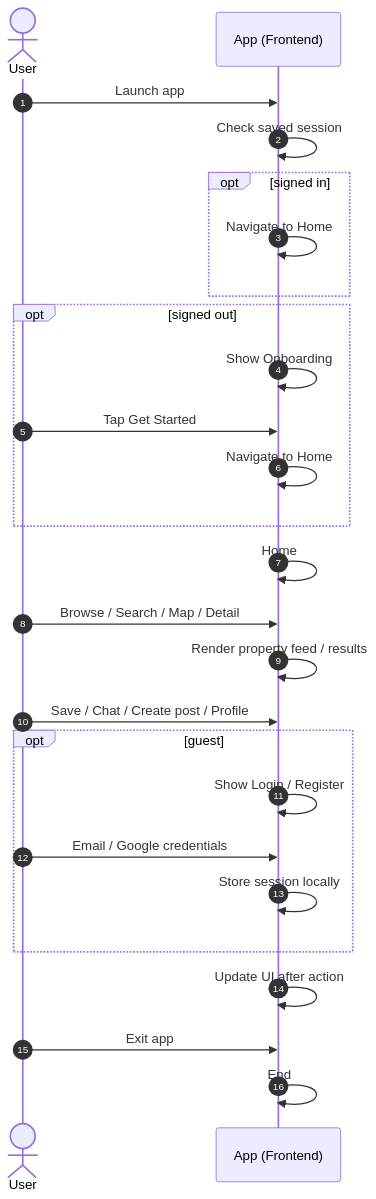
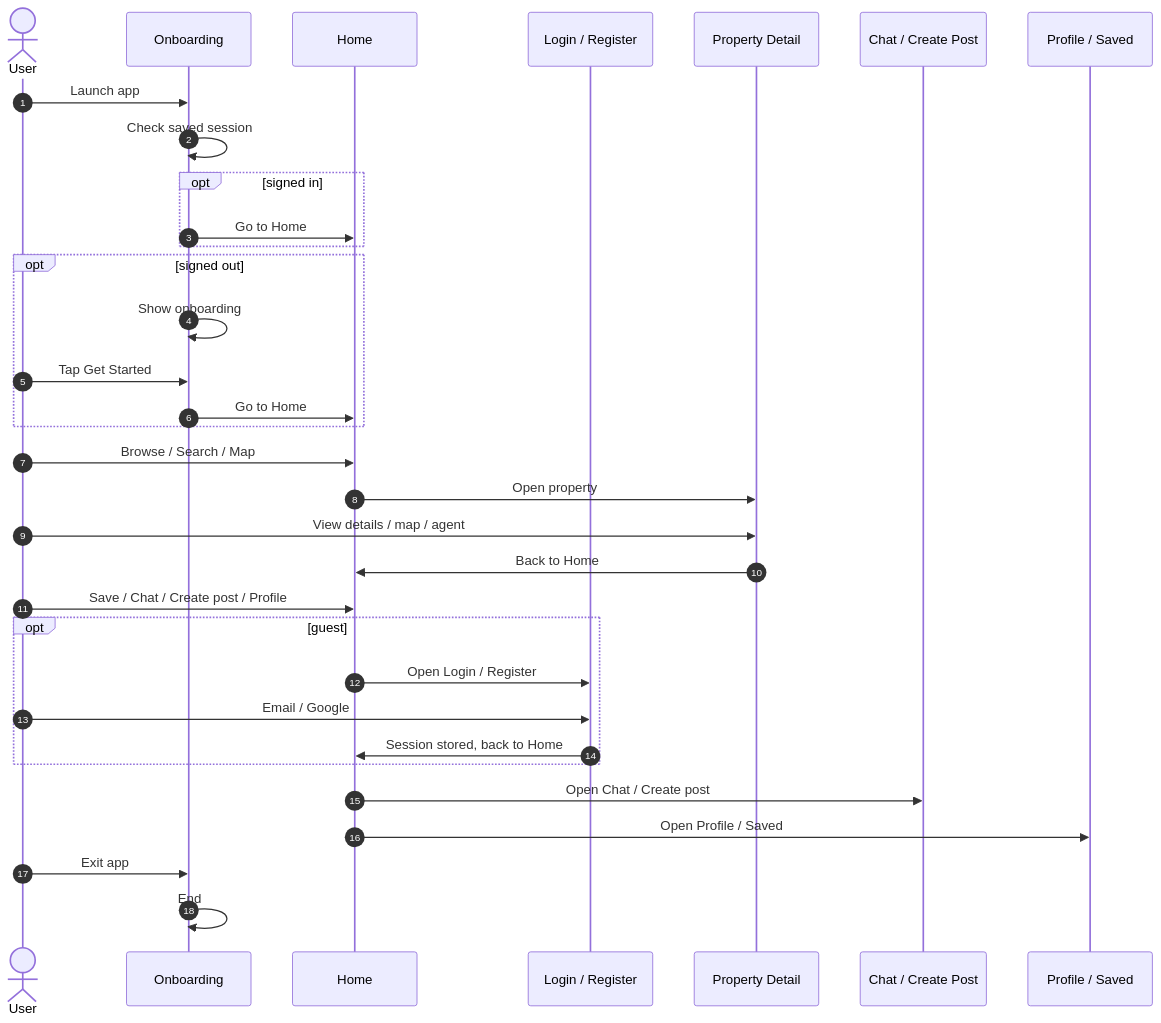
The diagram in docs/diagrams/sequence-app.mmd (thetnaung-dev/Internship), drawn with Mermaid before and after one commit. The commit also changed 1 other file, not shown here.

Commit message:
docs: model app-flow sequence diagram with UI screens

```diff
--- a/docs/diagrams/sequence-app.mmd
+++ b/docs/diagrams/sequence-app.mmd
@@ -1,34 +1,39 @@
 sequenceDiagram
     autonumber
     actor U as User
-    participant A as App (Frontend)
+    participant O as Onboarding
+    participant H as Home
+    participant L as Login / Register
+    participant D as Property Detail
+    participant C as Chat / Create Post
+    participant P as Profile / Saved
 
-    U->>A: Launch app
-    A->>A: Check saved session
+    U->>O: Launch app
+    O->>O: Check saved session
 
     opt signed in
-        A->>A: Navigate to Home
+        O->>H: Go to Home
     end
 
     opt signed out
-        A->>A: Show Onboarding
-        U->>A: Tap Get Started
-        A->>A: Navigate to Home
+        O->>O: Show onboarding
+        U->>O: Tap Get Started
+        O->>H: Go to Home
     end
 
-    A->>A: Home
+    U->>H: Browse / Search / Map
+    H->>D: Open property
+    U->>D: View details / map / agent
+    D->>H: Back to Home
 
-    U->>A: Browse / Search / Map / Detail
-    A->>A: Render property feed / results
+    U->>H: Save / Chat / Create post / Profile
+    opt guest
+        H->>L: Open Login / Register
+        U->>L: Email / Google
+        L->>H: Session stored, back to Home
+    end
+    H->>C: Open Chat / Create post
+    H->>P: Open Profile / Saved
 
-    U->>A: Save / Chat / Create post / Profile
-    opt guest
-        A->>A: Show Login / Register
-        U->>A: Email / Google credentials
-        A->>A: Store session locally
-    end
-
-    A->>A: Update UI after action
-
-    U->>A: Exit app
-    A->>A: End
+    U->>O: Exit app
+    O->>O: End
```
